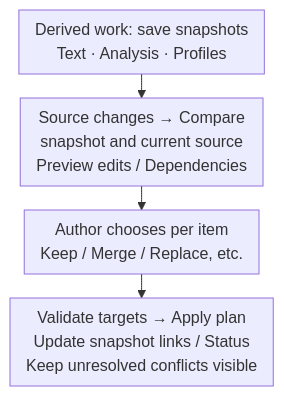
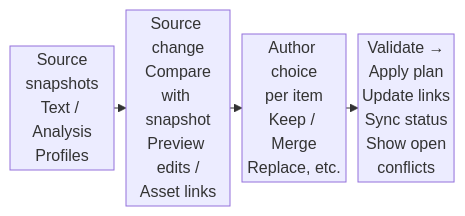
Diagram 13 of 18 in README.en.md (GTJasonMK/A4N), drawn with Mermaid before and after one commit. The commit also changed other lines of this file and 2 other files, not shown here.

````diff
--- a/README.en.md
+++ b/README.en.md
@@ -308,12 +315,12 @@
 ```mermaid
 ---
 config:
-  flowchart: { nodeSpacing: 20, rankSpacing: 24, padding: 8, wrappingWidth: 240 }
+  flowchart: { nodeSpacing: 16, rankSpacing: 12, padding: 2, wrappingWidth: 96 }
 ---
-flowchart TB
+flowchart LR
   accTitle: Synchronizing story changes into derived projects
   accDescr: A derived work retains source snapshots. Later changes produce a diff and dependency preview. The author chooses supported strategies per item, such as keeping, merging or replacing. Applying validates targets and updates snapshot links and sync status; unresolved conflicts stay visible and media is not automatically regenerated in bulk.
-  snapshot["Derived work: save snapshots<br/>Text · Analysis · Profiles"] --> diff["Source changes → Compare<br/>snapshot and current source<br/>Preview edits / Dependencies"]
-  diff --> choose["Author chooses per item<br/>Keep / Merge / Replace, etc."]
-  choose --> status["Validate targets → Apply plan<br/>Update snapshot links / Status<br/>Keep unresolved conflicts visible"]
+  snapshot["Source<br/>snapshots<br/>Text / Analysis<br/>Profiles"] --> diff["Source change<br/>Compare<br/>with snapshot<br/>Preview edits /<br/>Asset links"]
+  diff --> choose["Author choice<br/>per item<br/>Keep / Merge<br/>Replace, etc."]
+  choose --> status["Validate →<br/>Apply plan<br/>Update links<br/>Sync status<br/>Show open<br/>conflicts"]
 ```
````
